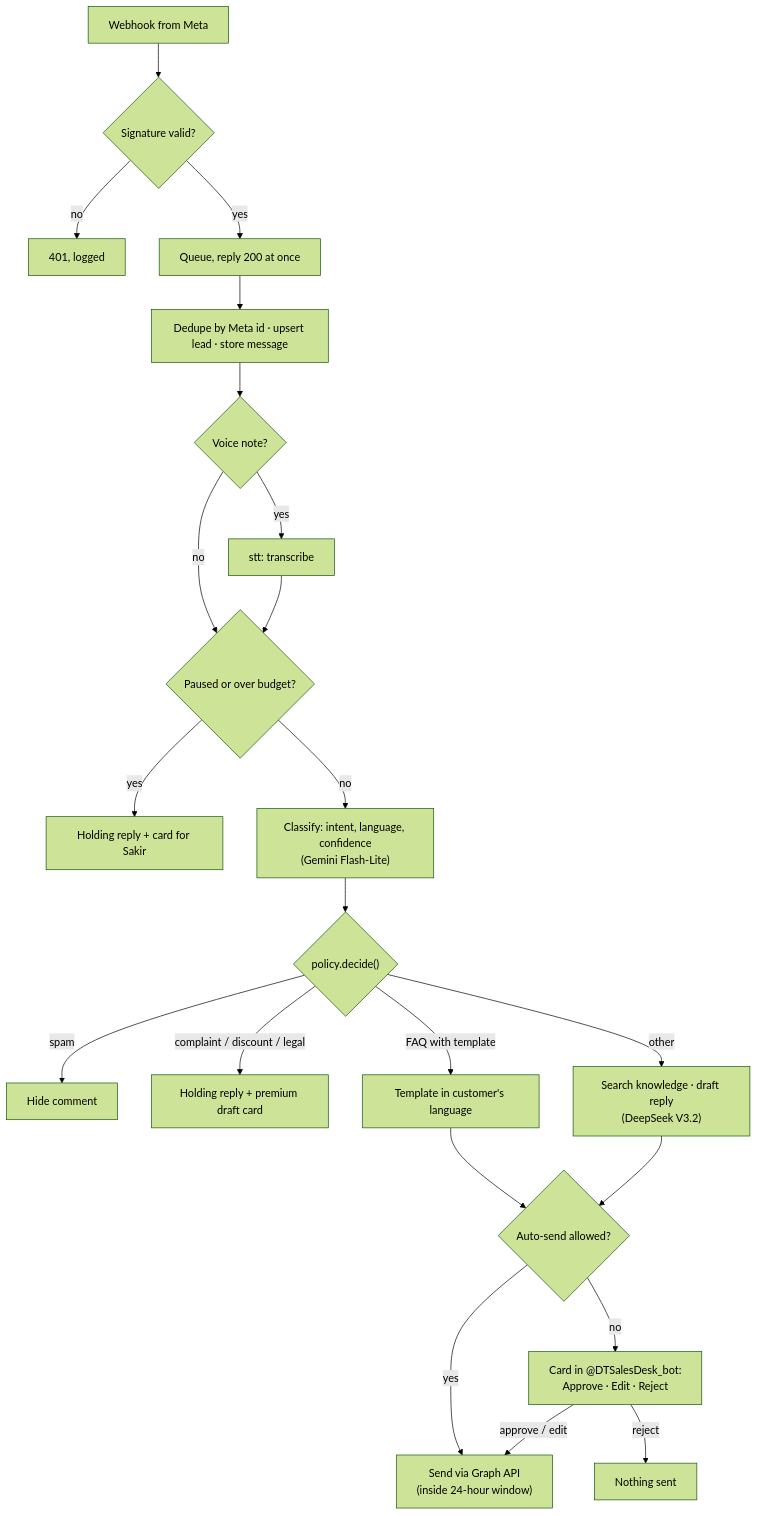
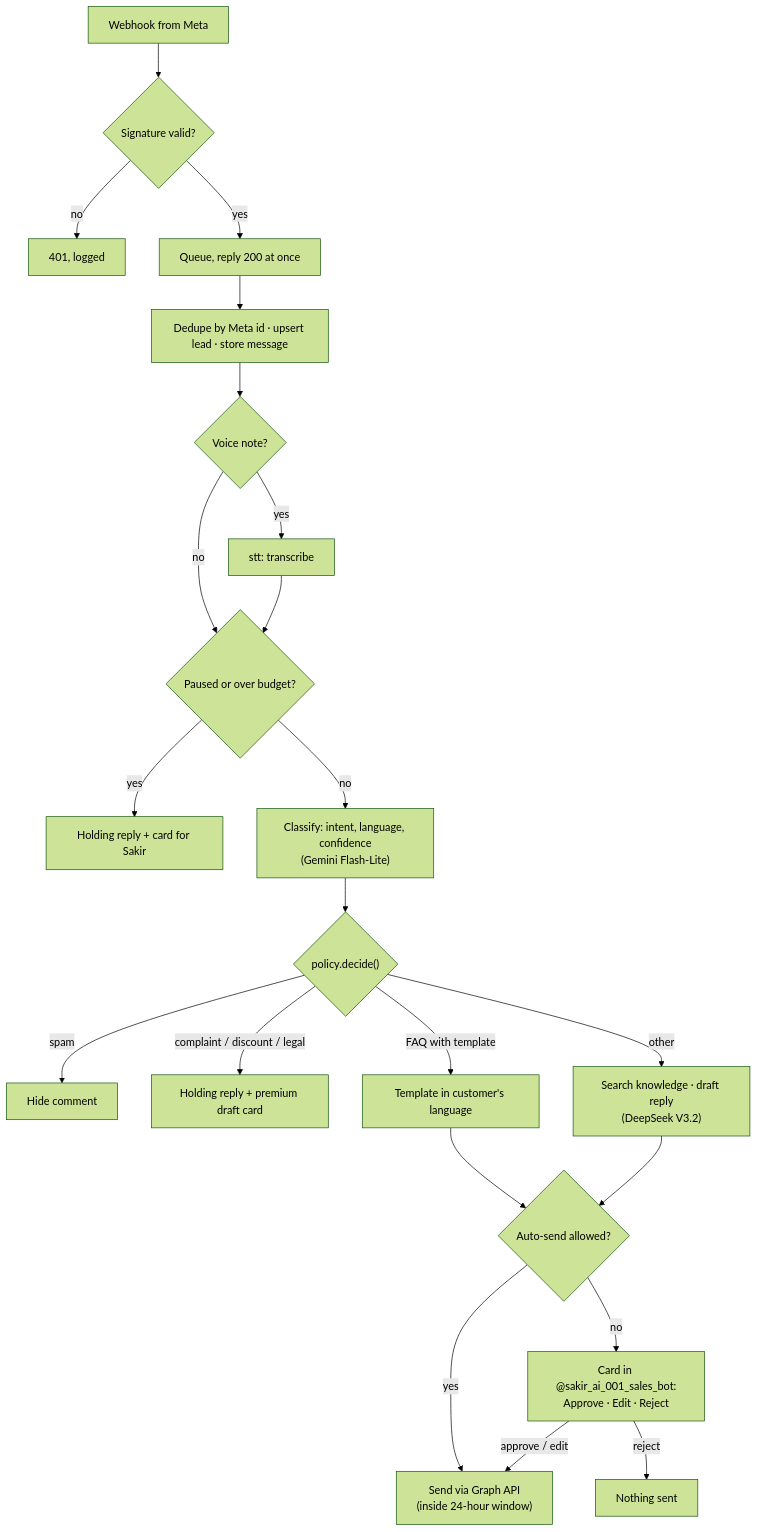
The second of 3 diagrams in docs/ARCHITECTURE.md (sakir-ahmed/sakir-ai-001), drawn with Mermaid (forest theme) before and after one commit. The commit also changed other lines of this file and 19 other files, not shown here.

````diff
--- a/docs/ARCHITECTURE.md
+++ b/docs/ARCHITECTURE.md
@@ -90,24 +93,24 @@
 ```mermaid
 flowchart TD
     A["Webhook from Meta"] --> B{"Signature valid?"}
     B -- no --> X1["401, logged"]
     B -- yes --> C["Queue, reply 200 at once"]
     C --> D["Dedupe by Meta id · upsert lead · store message"]
     D --> E{"Voice note?"}
     E -- yes --> F["stt: transcribe"]
     E -- no --> G
     F --> G{"Paused or over budget?"}
     G -- yes --> H["Holding reply + card for Sakir"]
     G -- no --> I["Classify: intent, language, confidence<br/>(Gemini Flash-Lite)"]
     I --> J{"policy.decide()"}
     J -- spam --> K["Hide comment"]
     J -- complaint / discount / legal --> L["Holding reply + premium draft card"]
     J -- FAQ with template --> M["Template in customer's language"]
     J -- other --> N["Search knowledge · draft reply<br/>(DeepSeek V3.2)"]
     M --> O{"Auto-send allowed?"}
     N --> O
     O -- yes --> P["Send via Graph API<br/>(inside 24-hour window)"]
-    O -- no --> Q["Card in @DTSalesDesk_bot:<br/>Approve · Edit · Reject"]
+    O -- no --> Q["Card in @sakir_ai_001_sales_bot:<br/>Approve · Edit · Reject"]
     Q -- approve / edit --> P
     Q -- reject --> R["Nothing sent"]
 ```
````
